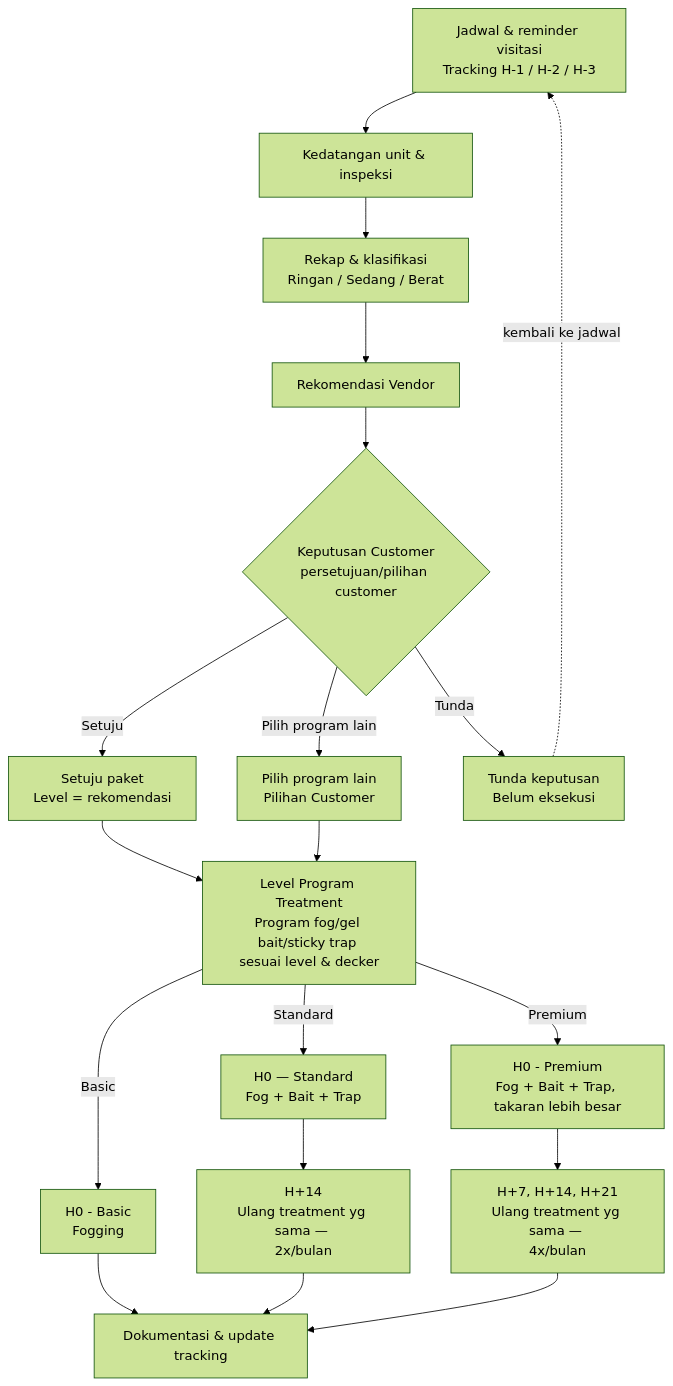
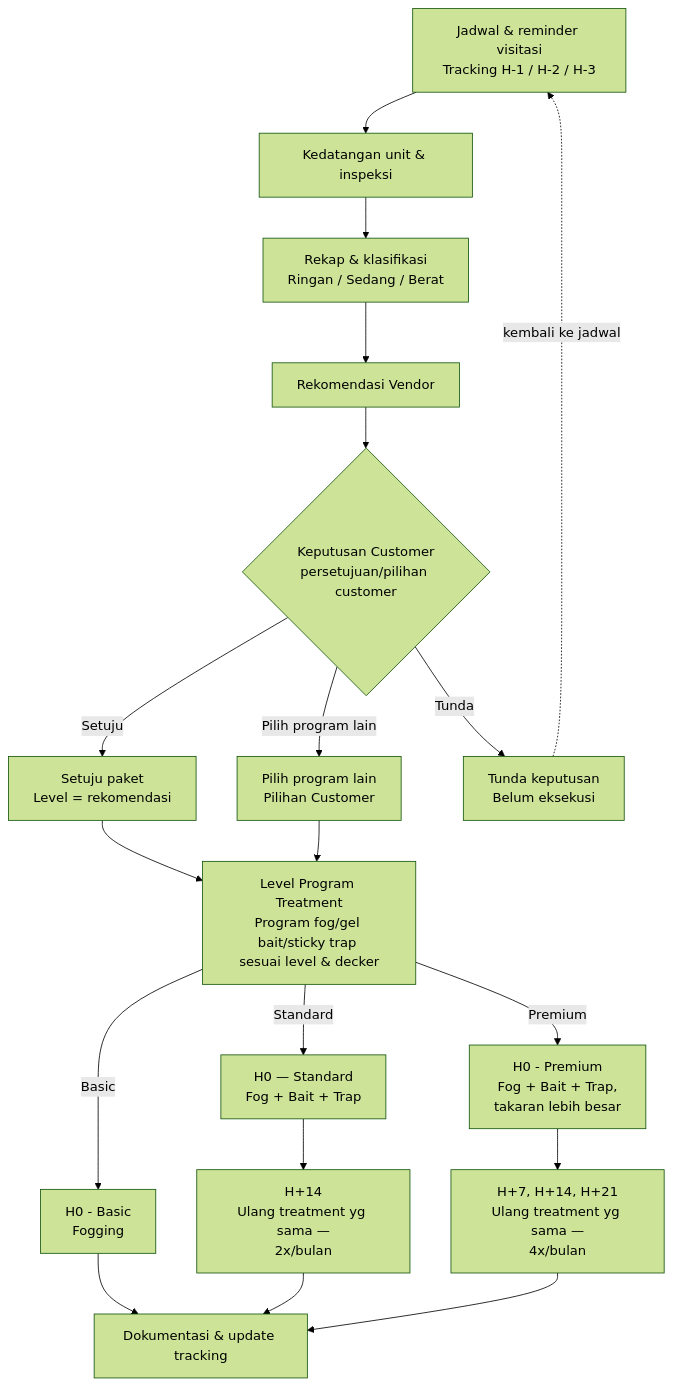
Before and after one commit to Vanialive/WorkflowBugHunter: the first of 2 diagrams in README.md, drawn with Mermaid (forest theme).

````diff
--- a/README.md
+++ b/README.md
@@ -8,22 +8,22 @@
 ```mermaid
 flowchart TD
     A["Jadwal & reminder visitasi<br/>Tracking H-1 / H-2 / H-3"] --> B["Kedatangan unit & inspeksi"]
     B --> C["Rekap & klasifikasi<br/>Ringan / Sedang / Berat"]
     C --> D["Rekomendasi Vendor"]
     D --> E{"Keputusan Customer<br>persetujuan/pilihan customer"}
     E -->|Setuju| F["Setuju paket<br/>Level = rekomendasi"]
     E -->|Pilih program lain| G["Pilih program lain<br/>Pilihan Customer"]
     E -->|Tunda| H["Tunda keputusan<br/>Belum eksekusi"]
     H -.kembali ke jadwal.-> A
     F --> I["Level Program Treatment<br/>Program fog/gel bait/sticky trap <br>sesuai level & decker"]
     G --> I
     I --> |Basic| J1["H0 - Basic<br/> Fogging"]
     I --> |Standard| J2["H0 — Standard<br/>Fog + Bait + Trap"]
-    I --> |Premium| J3["H0 - Premium<br>Fog + Bait + Trap, takaran lebih besar"]
+    I --> |Premium| J3["H0 - Premium<br>Fog + Bait + Trap,<br>takaran lebih besar"]
     J1 --> M["Dokumentasi & update tracking"]
-    J2 --> K1["H+14<br/>Ulang treatment yg sama — <br>2x/bulan"]
-    J3 --> K2["H+7, H+14, H+21<br/>Ulang treatment yg sama — <br>4x/bulan"]
+    J2 --> K1["H+14<br/>Ulang treatment yg sama —<br>2x/bulan"]
+    J3 --> K2["H+7, H+14, H+21<br/>Ulang treatment yg sama —<br>4x/bulan"]
     K1 --> M
     K2 --> M
 
 ```
````
